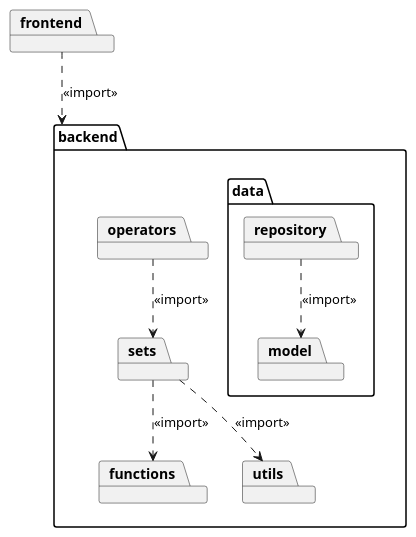
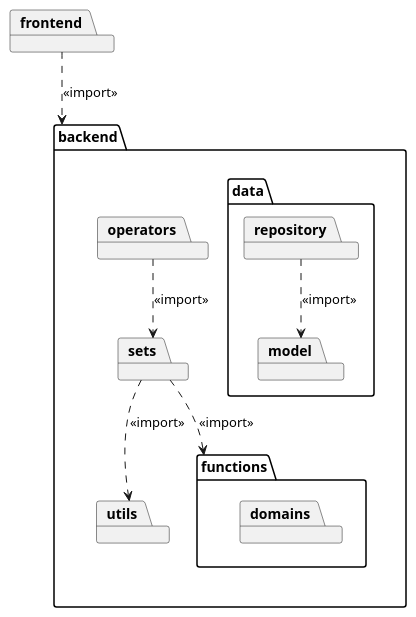
Before and after one commit to kambed/Computer-Recognition-Systems: the first of 5 diagrams in task2/README.md, drawn with PlantUML. The commit also changed other lines of this file, not shown here.

````diff
--- a/task2/README.md
+++ b/task2/README.md
@@ -3,21 +3,23 @@
 ```plantuml
 package backend {
-    package functions
+    package functions {
+        package domains
+    }
     package data {
         package model
         package repository
         
         repository ..> model: <<import>>
     }
     package sets
     package operators
     package utils
     
     operators ..> sets: <<import>>
     sets ..> functions: <<import>>
     sets ..> utils: <<import>>
 }
 package frontend {
 }
 frontend ..> backend: <<import>>
 ```
````
